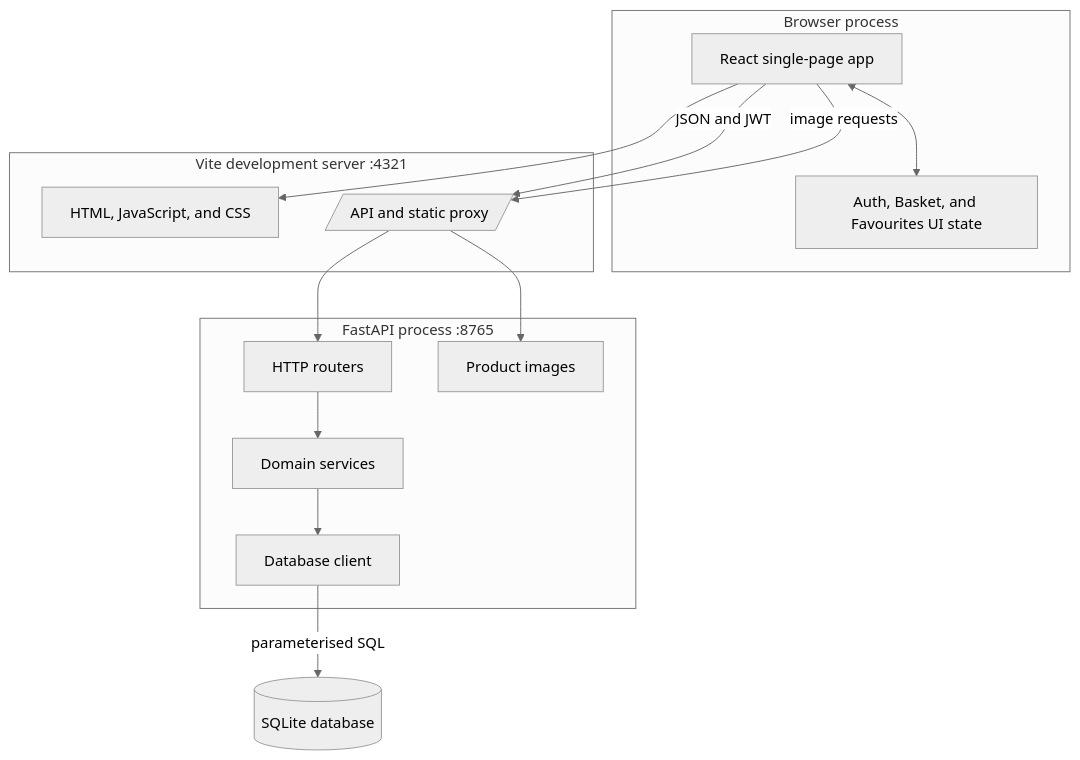
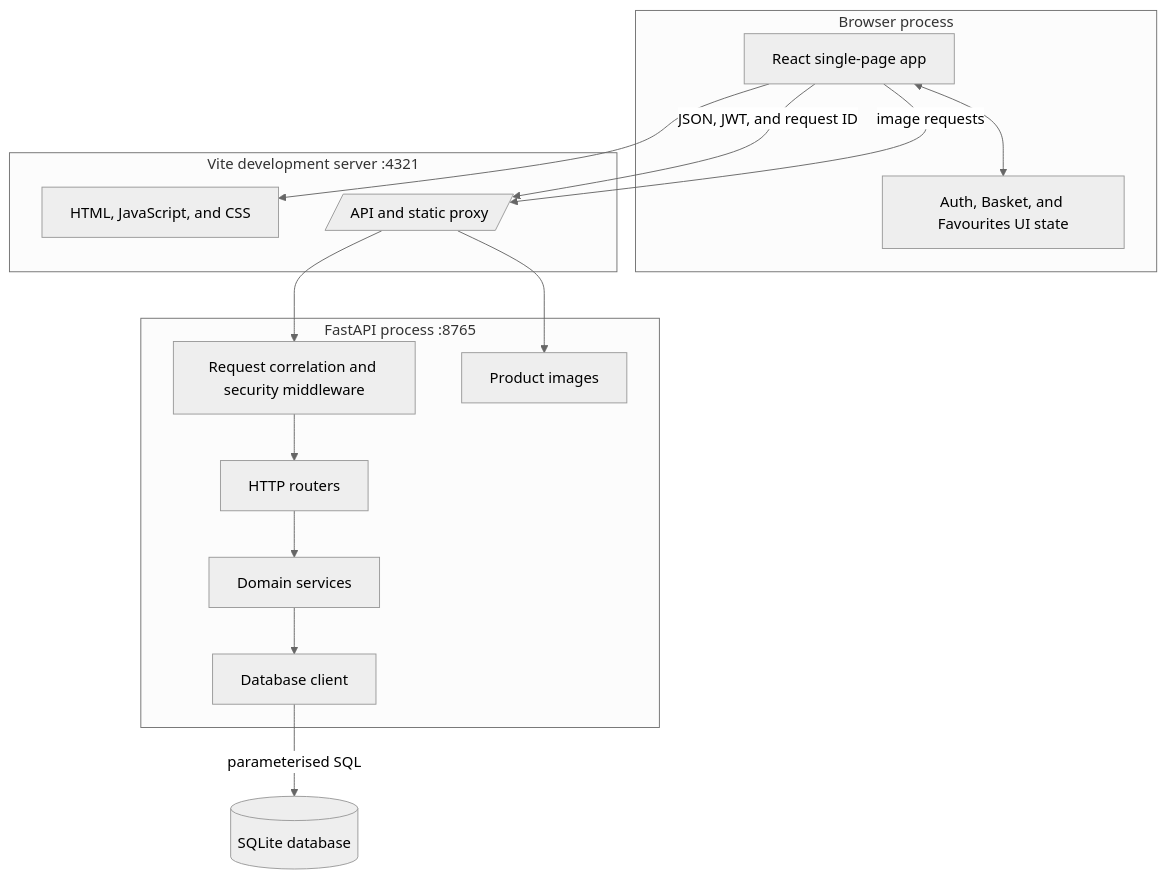
The second of 5 diagrams in docs/architecture.md (lucaintini/workshop-mp-skills-for-ai-native-devs), drawn with Mermaid (neutral theme) before and after one commit. The commit also changed other lines of this file and 22 other files, not shown here.

````diff
--- a/docs/architecture.md
+++ b/docs/architecture.md
@@ -34,28 +34,29 @@
 ```mermaid
 flowchart TB
     subgraph Client[Browser process]
         React[React single-page app]
         State[Auth, Basket, and Favourites UI state]
         React <--> State
     end
 
     subgraph Web[Vite development server :4321]
         Assets[HTML, JavaScript, and CSS]
         Proxy[/API and static proxy/]
     end
 
     subgraph Api[FastAPI process :8765]
+        Context[Request correlation and security middleware]
         Routers[HTTP routers]
         Services[Domain services]
         DbClient[Database client]
         Static[Product images]
-        Routers --> Services --> DbClient
+        Context --> Routers --> Services --> DbClient
     end
 
     Database[(SQLite database)]
 
     React --> Assets
-    React -->|JSON and JWT| Proxy --> Routers
+    React -->|JSON, JWT, and request ID| Proxy --> Context
     React -->|image requests| Proxy --> Static
     DbClient -->|parameterised SQL| Database
 ```
````
